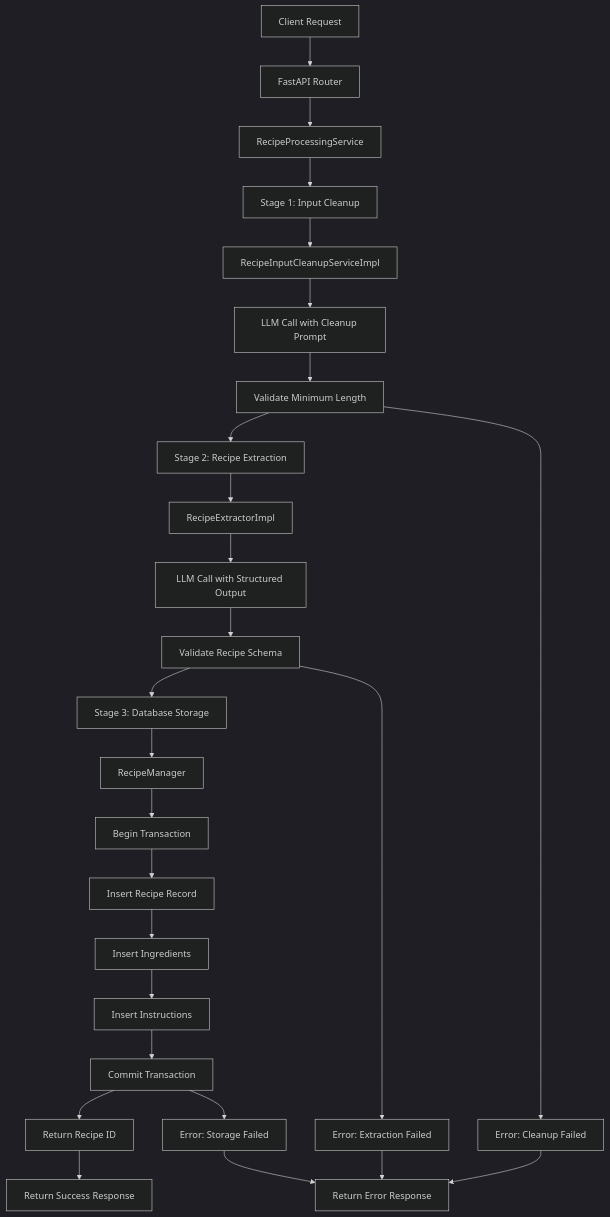
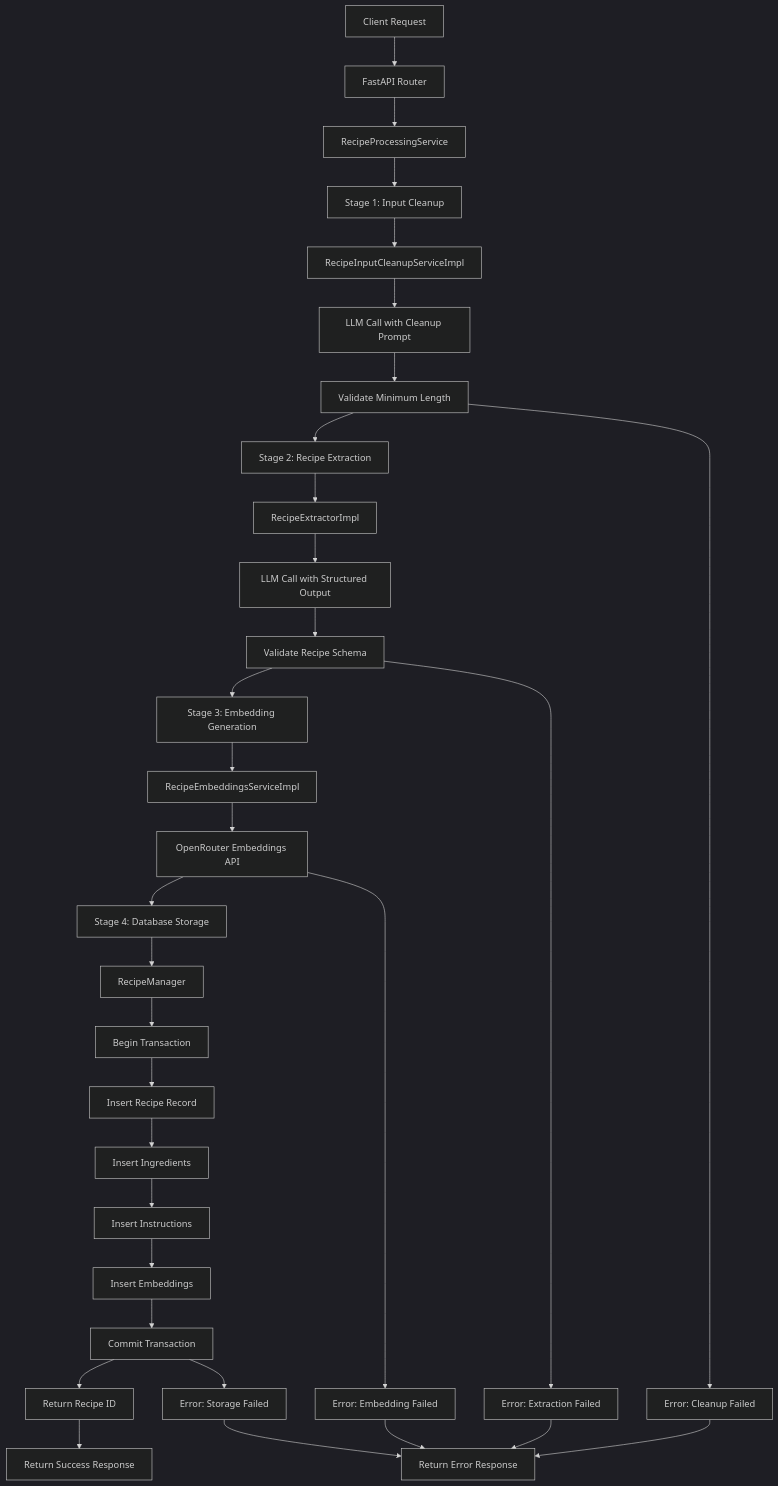
Before and after one commit to virajxp1/forkfolio: the diagram in docs/recipe-processing-flow.md, drawn with Mermaid (dark theme). The commit also changed other lines of this file and 6 other files, not shown here.

````diff
--- a/docs/recipe-processing-flow.md
+++ b/docs/recipe-processing-flow.md
@@ -110,33 +128,40 @@
 ```mermaid
 graph TD
     A[Client Request] --> B[FastAPI Router]
     B --> C[RecipeProcessingService]
     
     C --> D[Stage 1: Input Cleanup]
     D --> D1[RecipeInputCleanupServiceImpl]
     D1 --> D2[LLM Call with Cleanup Prompt]
     D2 --> D3[Validate Minimum Length]
     D3 --> E[Stage 2: Recipe Extraction]
     
     E --> E1[RecipeExtractorImpl]
     E1 --> E2[LLM Call with Structured Output]
     E2 --> E3[Validate Recipe Schema]
-    E3 --> F[Stage 3: Database Storage]
+    E3 --> F[Stage 3: Embedding Generation]
     
-    F --> F1[RecipeManager]
-    F1 --> F2[Begin Transaction]
-    F2 --> F3[Insert Recipe Record]
-    F3 --> F4[Insert Ingredients]
-    F4 --> F5[Insert Instructions]
-    F5 --> F6[Commit Transaction]
-    F6 --> G[Return Recipe ID]
+    F --> F1[RecipeEmbeddingsServiceImpl]
+    F1 --> F2[OpenRouter Embeddings API]
+    F2 --> G[Stage 4: Database Storage]
     
-    D3 --> H[Error: Cleanup Failed]
-    E3 --> I[Error: Extraction Failed]
-    F6 --> J[Error: Storage Failed]
+    G --> G1[RecipeManager]
+    G1 --> G2[Begin Transaction]
+    G2 --> G3[Insert Recipe Record]
+    G3 --> G4[Insert Ingredients]
+    G4 --> G5[Insert Instructions]
+    G5 --> G6[Insert Embeddings]
+    G6 --> G7[Commit Transaction]
+    G7 --> H[Return Recipe ID]
     
-    H --> K[Return Error Response]
-    I --> K
-    J --> K
-    G --> L[Return Success Response]
+    D3 --> I[Error: Cleanup Failed]
+    E3 --> J[Error: Extraction Failed]
+    F2 --> K[Error: Embedding Failed]
+    G7 --> L[Error: Storage Failed]
+    
+    I --> M[Return Error Response]
+    J --> M
+    K --> M
+    L --> M
+    H --> N[Return Success Response]
 ```
````
